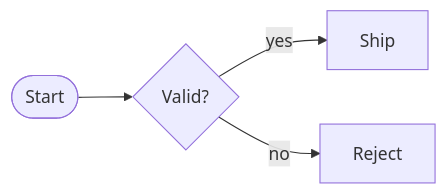
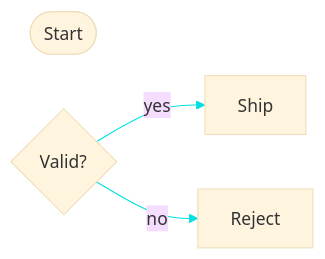
Before and after one commit to NikkiAsteinza/nima-editor-samples: the third of 6 diagrams in mermaid/flowchart.md, drawn with Mermaid. The commit also changed other lines of this file and 15 other files, not shown here.

````diff
--- a/mermaid/flowchart.md
+++ b/mermaid/flowchart.md
@@ -62,6 +62,10 @@
 ```mermaid
 flowchart LR
-    Start([Start]) --> Validate{Valid?}
-    Validate -->|yes| Ship[Ship]
-    Validate -->|no| Reject[Reject]
+%%{init: {'theme': 'base', 'themeVariables': {'background': '#ff1f1f'}}}%%
+Start([Start])
+    Validate{Valid?}
+    Ship[Ship]
+    Reject[Reject]
+    Validate -->|yes| Ship
+    Validate -->|no| Reject
 ```
````
